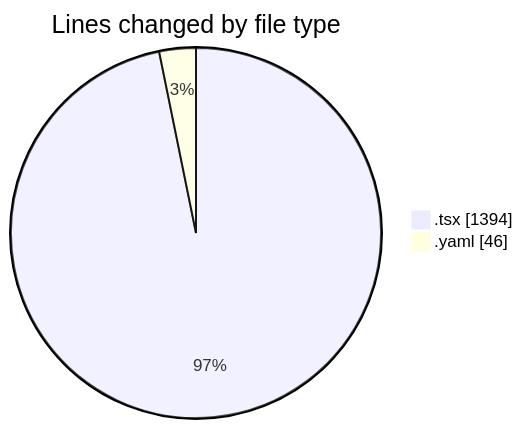
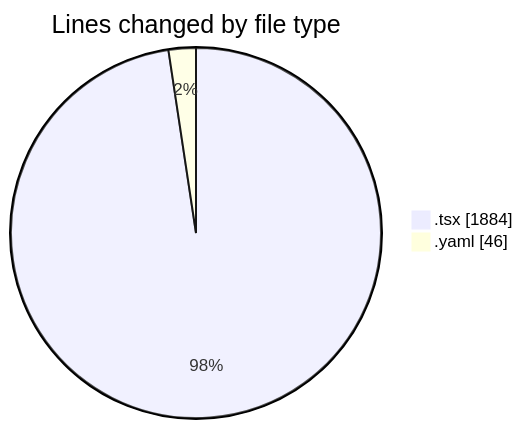
One commit to momahboobian/code-tracking changed the first of 2 diagrams in 2025-11-20/cda/README.md. Above: the diagram before and after it, drawn with Mermaid. The commit also changed other lines of this file and 1 other file, not shown here.

````diff
--- a/2025-11-20/cda/README.md
+++ b/2025-11-20/cda/README.md
@@ -27,6 +28,6 @@
 ```mermaid
 pie showData
 title Lines changed by file type
-".tsx" : 1394
+".tsx" : 1884
 ".yaml" : 46
 ```
````
